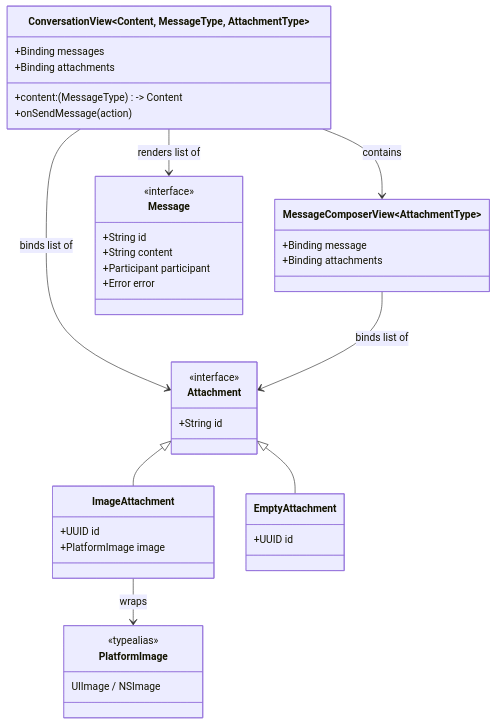
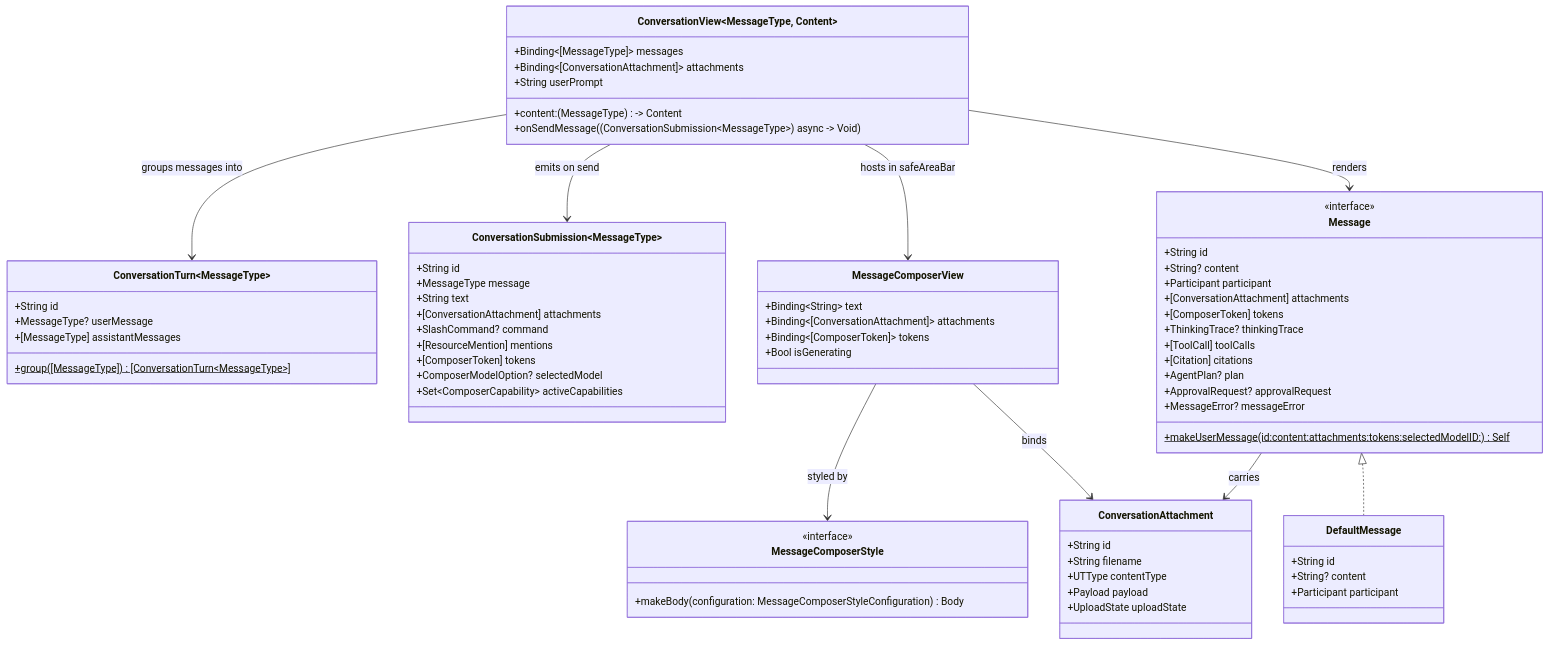
The first of 2 diagrams in AGENTS.md (peterfriese/ConversationKit), drawn with Mermaid before and after one commit. The commit also changed other lines of this file and 10 other files, not shown here.

````diff
--- a/AGENTS.md
+++ b/AGENTS.md
@@ -32,43 +45,73 @@
 ```mermaid
 classDiagram
-    class ConversationView~Content, MessageType, AttachmentType~ {
-        +Binding messages
-        +Binding attachments
+    class ConversationView~MessageType, Content~ {
+        +Binding~[MessageType]~ messages
+        +Binding~[ConversationAttachment]~ attachments
+        +String userPrompt
         +content: (MessageType) -> Content
-        +onSendMessage(action)
+        +onSendMessage((ConversationSubmission~MessageType~) async -> Void)
     }
-    class MessageComposerView~AttachmentType~ {
-        +Binding message
-        +Binding attachments
+    class ConversationTurn~MessageType~ {
+        +String id
+        +MessageType? userMessage
+        +[MessageType] assistantMessages
+        +group([MessageType]) [ConversationTurn~MessageType~]$
+    }
+    class ConversationSubmission~MessageType~ {
+        +String id
+        +MessageType message
+        +String text
+        +[ConversationAttachment] attachments
+        +SlashCommand? command
+        +[ResourceMention] mentions
+        +[ComposerToken] tokens
+        +ComposerModelOption? selectedModel
+        +Set~ComposerCapability~ activeCapabilities
     }
     class Message {
         <<interface>>
         +String id
-        +String content
+        +String? content
         +Participant participant
-        +Error error
+        +[ConversationAttachment] attachments
+        +[ComposerToken] tokens
+        +ThinkingTrace? thinkingTrace
+        +[ToolCall] toolCalls
+        +[Citation] citations
+        +AgentPlan? plan
+        +ApprovalRequest? approvalRequest
+        +MessageError? messageError
+        +makeUserMessage(id:content:attachments:tokens:selectedModelID:) Self$
     }
-    class Attachment {
+    class DefaultMessage {
+        +String id
+        +String? content
+        +Participant participant
+    }
+    class ConversationAttachment {
+        +String id
+        +String filename
+        +UTType contentType
+        +Payload payload
+        +UploadState uploadState
+    }
+    class MessageComposerView {
+        +Binding~String~ text
+        +Binding~[ConversationAttachment]~ attachments
+        +Binding~[ComposerToken]~ tokens
+        +Bool isGenerating
+    }
+    class MessageComposerStyle {
         <<interface>>
-        +String id
+        +makeBody(configuration: MessageComposerStyleConfiguration) Body
     }
-    class ImageAttachment {
-        +UUID id
-        +PlatformImage image
-    }
-    class EmptyAttachment {
-        +UUID id
-    }
-    class PlatformImage {
-        <<typealias>>
-        UIImage / NSImage
-    }
-    
-    ConversationView --> MessageComposerView : contains
-    ConversationView --> Message : renders list of
-    ConversationView --> Attachment : binds list of
-    MessageComposerView --> Attachment : binds list of
-    Attachment <|-- ImageAttachment
-    Attachment <|-- EmptyAttachment
-    ImageAttachment --> PlatformImage : wraps
+
+    ConversationView --> ConversationTurn : groups messages into
+    ConversationView --> ConversationSubmission : emits on send
+    ConversationView --> MessageComposerView : hosts in safeAreaBar
+    ConversationView --> Message : renders
+    Message <|.. DefaultMessage
+    Message --> ConversationAttachment : carries
+    MessageComposerView --> ConversationAttachment : binds
+    MessageComposerView --> MessageComposerStyle : styled by
 ```
````
